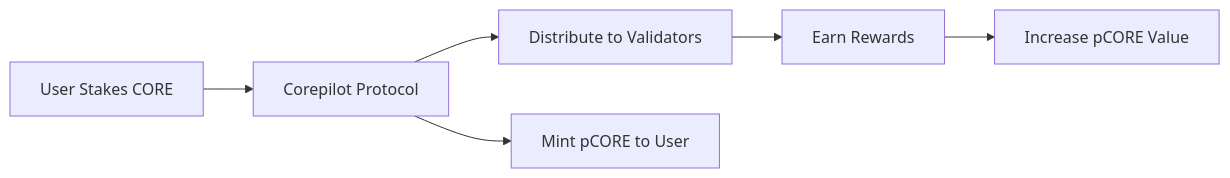
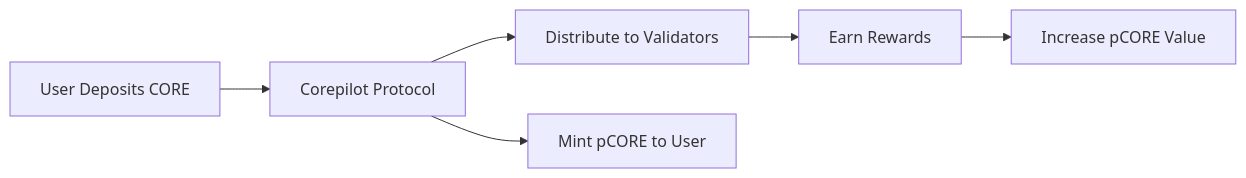
One commit to corepilotHQ/docs changed the first of 2 diagrams in docs/pCORE/how-it-works.md. Above: the diagram before and after it, drawn with Mermaid. The commit also changed other lines of this file and 2 other files, not shown here.

Commit message:
fix: old pCORE docs

````diff
--- a/docs/pCORE/how-it-works.md
+++ b/docs/pCORE/how-it-works.md
@@ -13,8 +13,8 @@
 ```mermaid
 graph LR
-    A["User Stakes CORE"] --> B["Corepilot Protocol"]
+    A["User Deposits CORE"] --> B["Corepilot Protocol"]
     B --> C["Distribute to Validators"]
     B --> D["Mint pCORE to User"]
     C --> E["Earn Rewards"]
     E --> F["Increase pCORE Value"]
 ```
````
